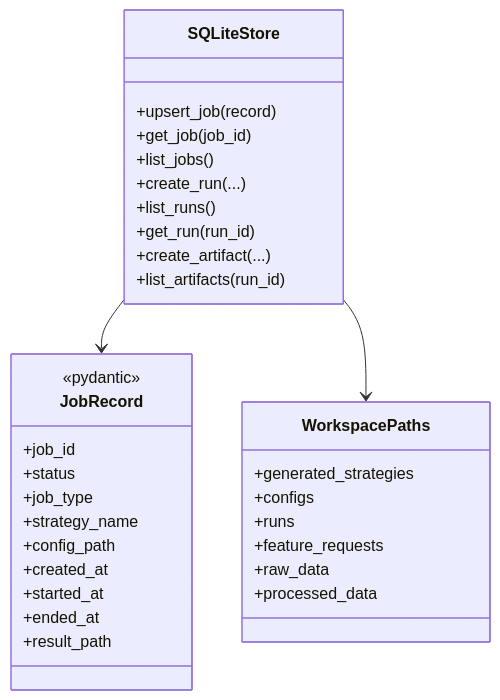
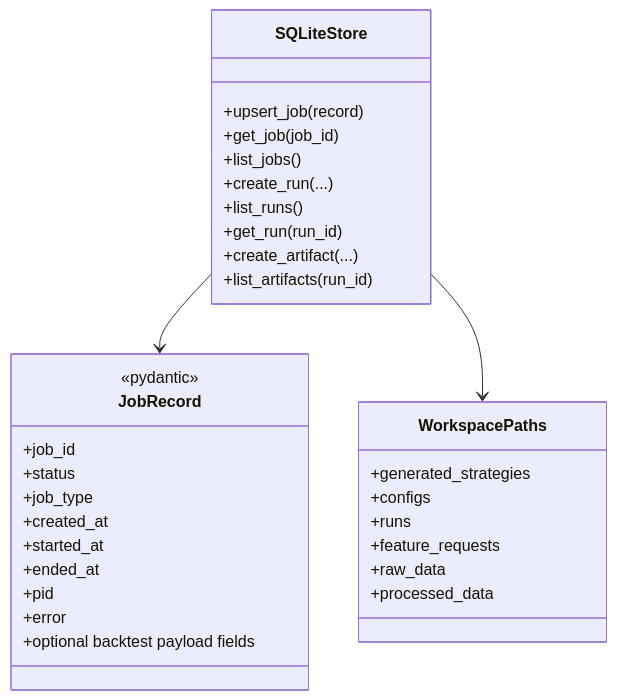
One commit to Kuan-Lun/tradingdev changed the third of 3 diagrams in ARCHITECTURE.md. Above: the diagram before and after it, drawn with Mermaid. The commit also changed other lines of this file and 11 other files, not shown here.

Commit message:
fix: close MCP job schema gaps

````diff
--- a/ARCHITECTURE.md
+++ b/ARCHITECTURE.md
@@ -101,38 +102,38 @@
 ```mermaid
 classDiagram
     class SQLiteStore {
         +upsert_job(record)
         +get_job(job_id)
         +list_jobs()
         +create_run(...)
         +list_runs()
         +get_run(run_id)
         +create_artifact(...)
         +list_artifacts(run_id)
     }
 
     class WorkspacePaths {
         +generated_strategies
         +configs
         +runs
         +feature_requests
         +raw_data
         +processed_data
     }
 
     class JobRecord {
         <<pydantic>>
         +job_id
         +status
         +job_type
-        +strategy_name
-        +config_path
         +created_at
         +started_at
         +ended_at
-        +result_path
+        +pid
+        +error
+        +optional backtest payload fields
     }
 
     SQLiteStore --> JobRecord
     SQLiteStore --> WorkspacePaths
 ```
````
